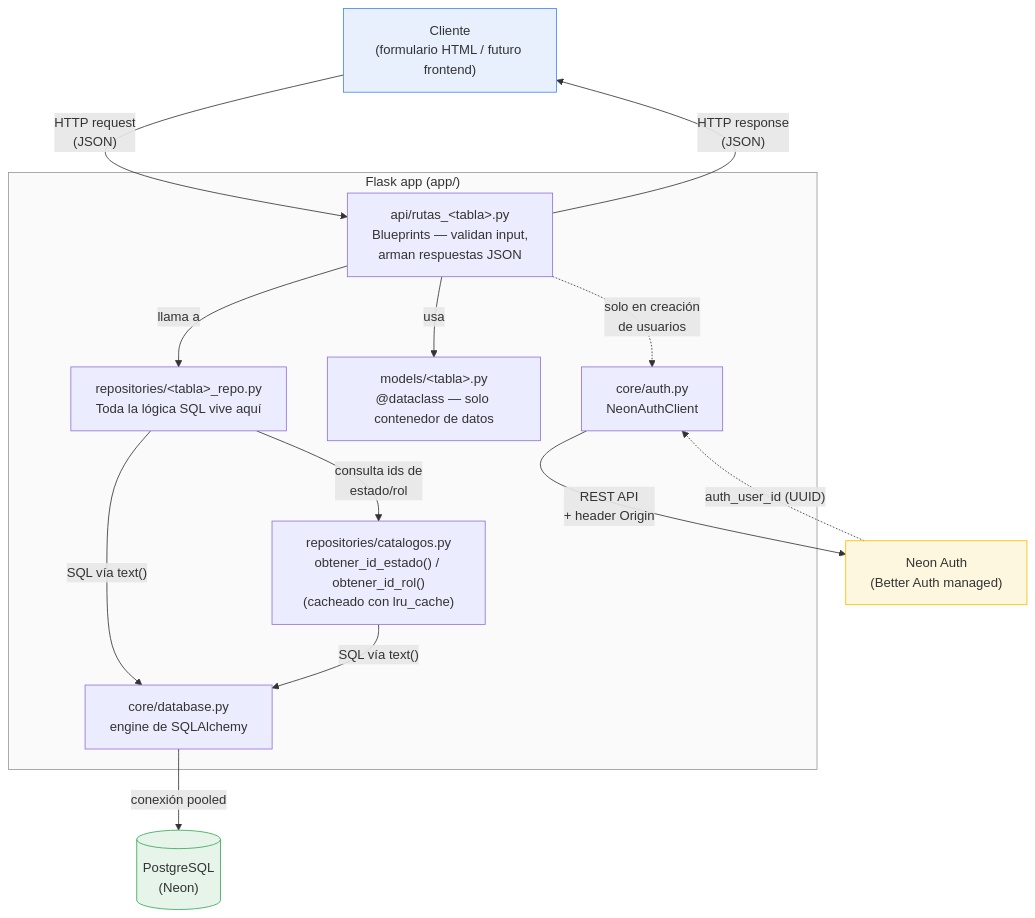
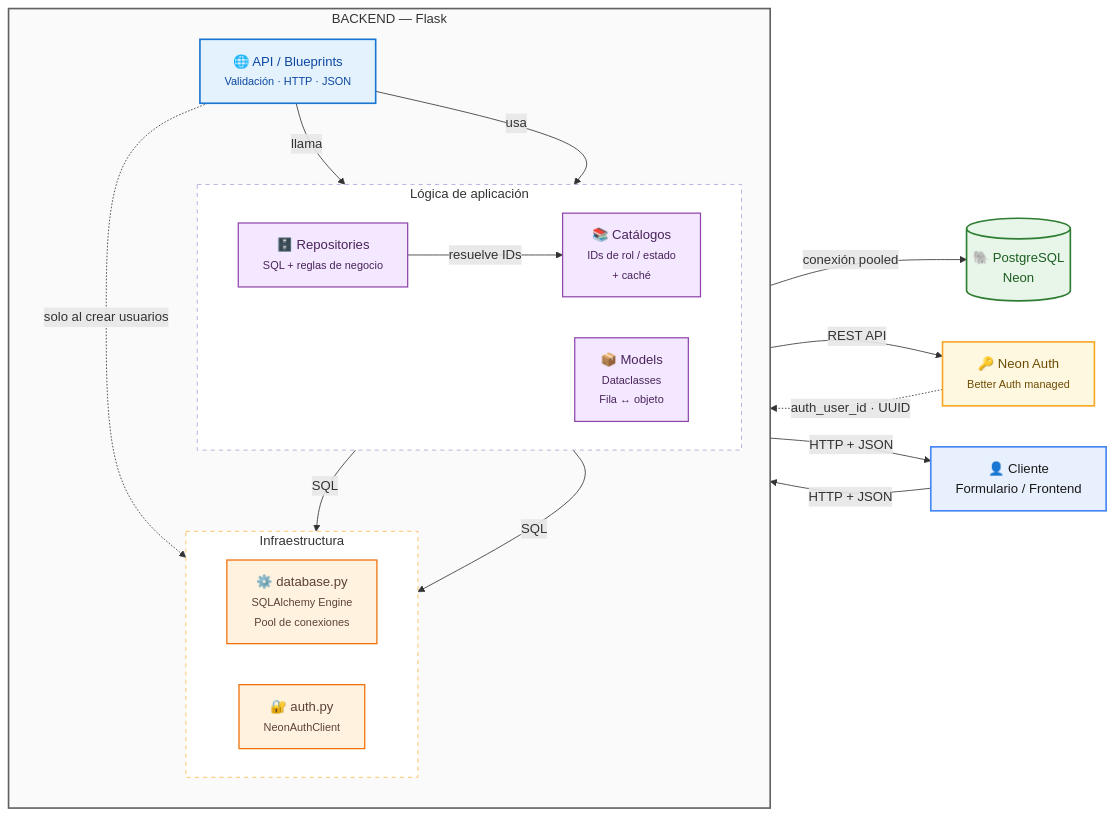
Before and after one commit to Mikhail1201/Project-GMJD: the diagram in Backend/ARQUITECTURA.md, drawn with Mermaid.

Commit message:
Edited this file

````diff
--- a/Backend/ARQUITECTURA.md
+++ b/Backend/ARQUITECTURA.md
@@ -10,33 +10,59 @@
 ```mermaid
-flowchart TD
-    Cliente["Cliente<br/>(formulario HTML / futuro frontend)"]
+flowchart LR
+    U["👤 Cliente<br/>Formulario / Frontend"]
 
-    subgraph Flask["Flask app (app/)"]
-        Rutas["api/rutas_&lt;tabla&gt;.py<br/>Blueprints — validan input,<br/>arman respuestas JSON"]
-        Repo["repositories/&lt;tabla&gt;_repo.py<br/>Toda la lógica SQL vive aquí"]
-        Modelo["models/&lt;tabla&gt;.py<br/>@dataclass — solo contenedor de datos"]
-        Catalogos["repositories/catalogos.py<br/>obtener_id_estado() / obtener_id_rol()<br/>(cacheado con lru_cache)"]
-        DB["core/database.py<br/>engine de SQLAlchemy"]
-        Auth["core/auth.py<br/>NeonAuthClient"]
+    subgraph APP["BACKEND — Flask"]
+        direction TB
+
+        API["🌐 API / Blueprints<br/><small>Validación · HTTP · JSON</small>"]
+
+        subgraph LOGIC["Lógica de aplicación"]
+            direction LR
+            REPO["🗄️ Repositories<br/><small>SQL + reglas de negocio</small>"]
+            CAT["📚 Catálogos<br/><small>IDs de rol / estado<br/>+ caché</small>"]
+            MODEL["📦 Models<br/><small>Dataclasses<br/>Fila ↔ objeto</small>"]
+        end
+
+        subgraph CORE["Infraestructura"]
+            direction LR
+            DB["⚙️ database.py<br/><small>SQLAlchemy Engine<br/>Pool de conexiones</small>"]
+            AUTH["🔐 auth.py<br/><small>NeonAuthClient</small>"]
+        end
     end
 
-    Postgres[("PostgreSQL<br/>(Neon)")]
-    NeonAuth["Neon Auth<br/>(Better Auth managed)"]
+    PG[("🐘 PostgreSQL<br/>Neon")]
+    NA["🔑 Neon Auth<br/><small>Better Auth managed</small>"]
 
-    Cliente -- "HTTP request<br/>(JSON)" --> Rutas
-    Rutas -- "usa" --> Modelo
-    Rutas -- "llama a" --> Repo
-    Repo -- "consulta ids de<br/>estado/rol" --> Catalogos
-    Repo -- "SQL vía text()" --> DB
-    Catalogos -- "SQL vía text()" --> DB
-    DB -- "conexión pooled" --> Postgres
-    Rutas -. "solo en creación<br/>de usuarios" .-> Auth
-    Auth -- "REST API<br/>+ header Origin" --> NeonAuth
-    NeonAuth -. "auth_user_id (UUID)" .-> Auth
-    Rutas -- "HTTP response<br/>(JSON)" --> Cliente
+    U -->|"HTTP + JSON"| API
+    API -->|"llama"| REPO
+    API -->|"usa"| MODEL
 
-    style Cliente fill:#e8f0fe,stroke:#4285f4
-    style Postgres fill:#e6f4ea,stroke:#34a853
-    style NeonAuth fill:#fef7e0,stroke:#fbbc04
-    style Flask fill:#fafafa,stroke:#999
+    REPO -->|"resuelve IDs"| CAT
+    REPO -->|"SQL"| DB
+    CAT -->|"SQL"| DB
+    DB -->|"conexión pooled"| PG
+
+    API -.->|"solo al crear usuarios"| AUTH
+    AUTH -->|"REST API"| NA
+    NA -.->|"auth_user_id · UUID"| AUTH
+
+    API -->|"HTTP + JSON"| U
+
+    classDef client fill:#e8f0fe,stroke:#4285f4,stroke-width:2px,color:#1a1a1a
+    classDef api fill:#e3f2fd,stroke:#1976d2,stroke-width:2px,color:#0d47a1
+    classDef logic fill:#f3e8ff,stroke:#8e44ad,stroke-width:1.5px,color:#4a235a
+    classDef core fill:#fff3e0,stroke:#ef6c00,stroke-width:1.5px,color:#5d4037
+    classDef db fill:#e8f5e9,stroke:#2e7d32,stroke-width:2px,color:#1b5e20
+    classDef auth fill:#fff8e1,stroke:#f9a825,stroke-width:2px,color:#6d4c00
+
+    class U client
+    class API api
+    class REPO,CAT,MODEL logic
+    class DB,AUTH core
+    class PG db
+    class NA auth
+
+    style APP fill:#fafafa,stroke:#616161,stroke-width:2px
+    style LOGIC fill:#ffffff,stroke:#b39ddb,stroke-dasharray:5 5
+    style CORE fill:#ffffff,stroke:#ffb74d,stroke-dasharray:5 5
 ```
````
